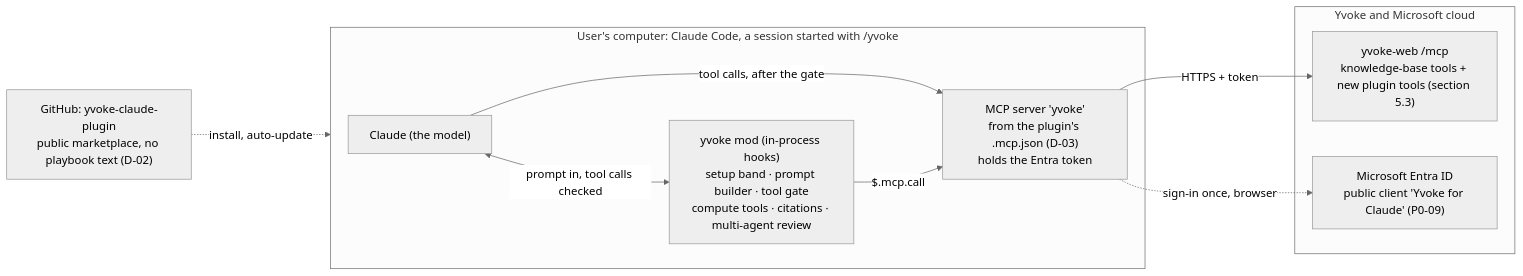
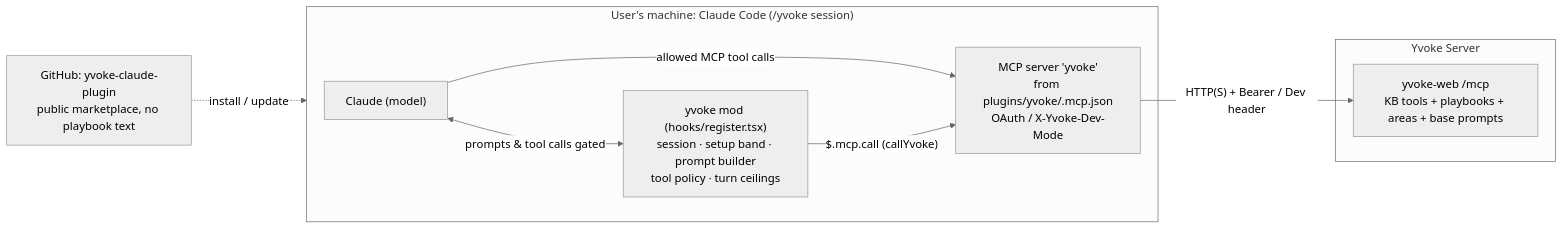
One commit to yvoke-dev/yvoke-claude-plugin changed the diagram in .lintel/steering/architecture.md. Above: the diagram before and after it, drawn with Mermaid (neutral theme). The commit also changed other lines of this file and 29 other files, not shown here.

````diff
--- a/.lintel/steering/architecture.md
+++ b/.lintel/steering/architecture.md
@@ -10,19 +7,17 @@
 ```mermaid
 flowchart LR
-  repo["GitHub: yvoke-claude-plugin<br/>public marketplace, no playbook text (D-02)"]
-  subgraph pc["User's computer: Claude Code, a session started with /yvoke"]
-    model["Claude (the model)"]
-    mod["yvoke mod (in-process hooks)<br/>setup band · prompt builder · tool gate<br/>compute tools · citations · multi-agent review"]
-    conn["MCP server 'yvoke'<br/>from the plugin's .mcp.json (D-03)<br/>holds the Entra token"]
+  repo["GitHub: yvoke-claude-plugin<br/>public marketplace, no playbook text"]
+  subgraph pc["User's machine: Claude Code (/yvoke session)"]
+    model["Claude (model)"]
+    mod["yvoke mod (hooks/register.tsx)<br/>session · setup band · prompt builder<br/>tool policy · turn ceilings"]
+    conn["MCP server 'yvoke'<br/>from plugins/yvoke/.mcp.json<br/>OAuth / X-Yvoke-Dev-Mode"]
   end
-  subgraph cloud["Yvoke and Microsoft cloud"]
-    web["yvoke-web /mcp<br/>knowledge-base tools + new plugin tools (section 5.3)"]
-    entra["Microsoft Entra ID<br/>public client 'Yvoke for Claude' (P0-09)"]
+  subgraph cloud["Yvoke Server"]
+    web["yvoke-web /mcp<br/>KB tools + playbooks + areas + base prompts"]
   end
-  repo -. "install, auto-update" .-> pc
-  model <-- "prompt in, tool calls checked" --> mod
-  model -- "tool calls, after the gate" --> conn
-  mod -- "$.mcp.call" --> conn
-  conn -- "HTTPS + token" --> web
-  conn -. "sign-in once, browser" .-> entra
+  repo -. "install / update" .-> pc
+  model <-- "prompts & tool calls gated" --> mod
+  model -- "allowed MCP tool calls" --> conn
+  mod -- "$.mcp.call (callYvoke)" --> conn
+  conn -- "HTTP(S) + Bearer / Dev header" --> web
 ```
````
